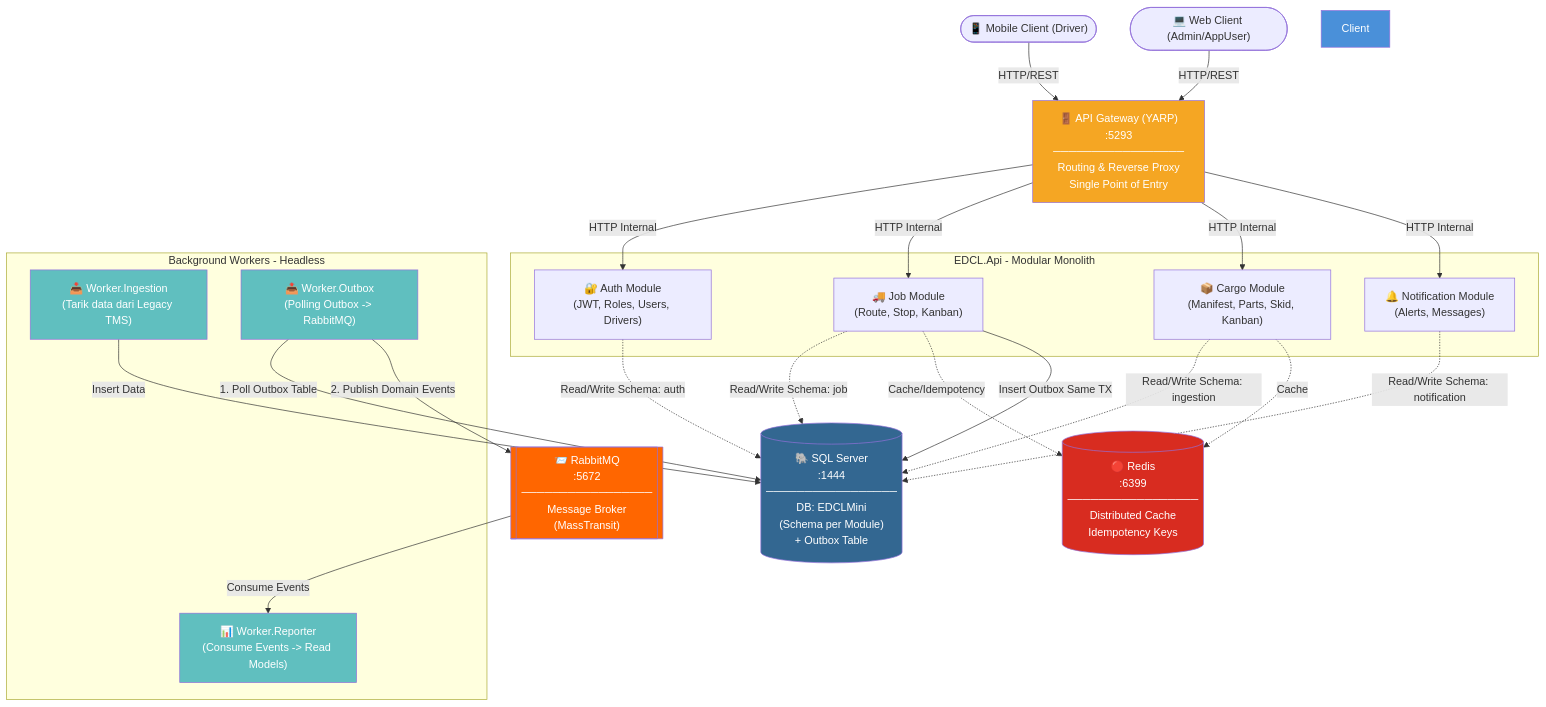
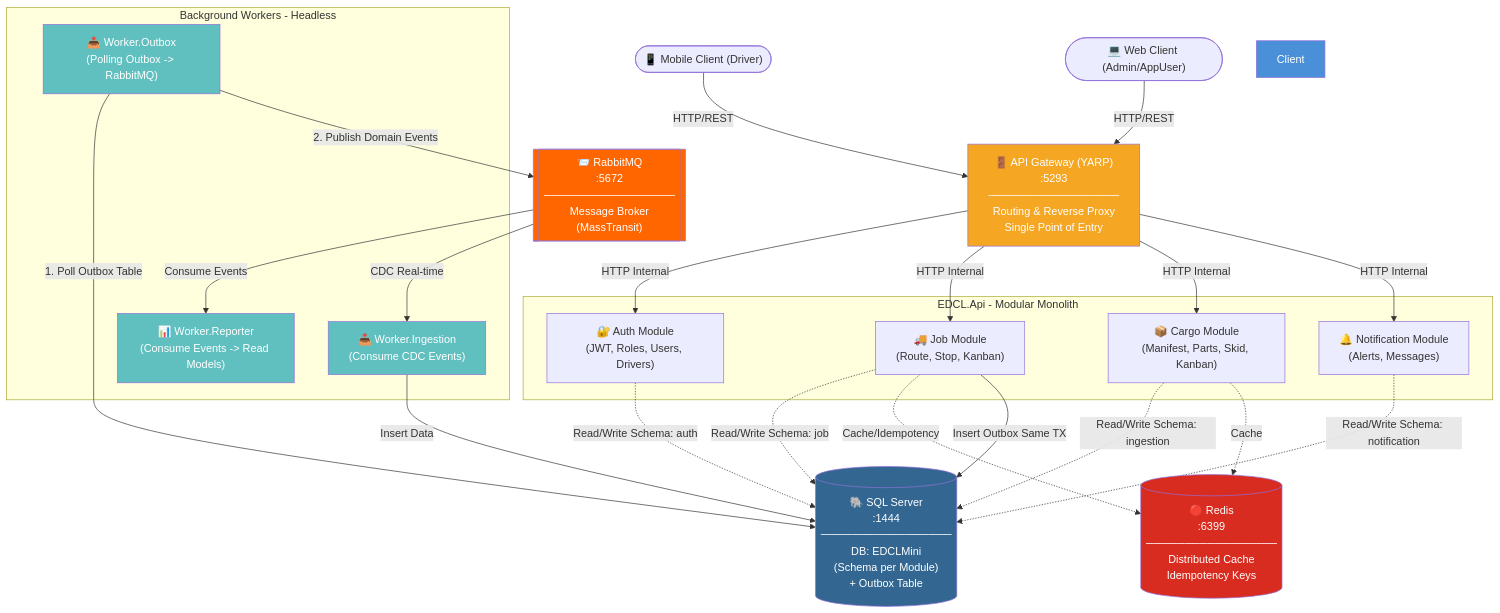
One commit to odealidj/minione-edcl-net changed the diagram in docs/architecture/architecture-overview.md. Above: the diagram before and after it, drawn with Mermaid. The commit also changed other lines of this file, not shown here.

Commit message:
docs(architecture): Update architecture overview to reflect Event-Driven CDC approach

````diff
--- a/docs/architecture/architecture-overview.md
+++ b/docs/architecture/architecture-overview.md
@@ -11,59 +11,60 @@
 ```mermaid
 graph TD
     DriverClient(["📱 Mobile Client (Driver)"])
     WebClient(["💻 Web Client (Admin/AppUser)"])
     Gateway["🚪 API Gateway (YARP)\n:5293\n─────────────────\nRouting & Reverse Proxy\nSingle Point of Entry"]
     
     subgraph API_Monolith [EDCL.Api - Modular Monolith]
         Auth["🔐 Auth Module\n(JWT, Roles, Users, Drivers)"]
         Job["🚚 Job Module\n(Route, Stop, Kanban)"]
         Cargo["📦 Cargo Module\n(Manifest, Parts, Skid, Kanban)"]
         Notif["🔔 Notification Module\n(Alerts, Messages)"]
     end
     
     SQL[("🐘 SQL Server\n:1444\n─────────────────\nDB: EDCLMini\n(Schema per Module)\n+ Outbox Table")]
     Redis[("🔴 Redis\n:6399\n─────────────────\nDistributed Cache\nIdempotency Keys")]
     RabbitMQ[["📨 RabbitMQ\n:5672\n─────────────────\nMessage Broker\n(MassTransit)"]]
     
     subgraph Background_Workers [Background Workers - Headless]
-        W_Ingest["📥 Worker.Ingestion\n(Tarik data dari Legacy TMS)"]
+        W_Ingest["📥 Worker.Ingestion\n(Consume CDC Events)"]
         W_Outbox["📤 Worker.Outbox\n(Polling Outbox -> RabbitMQ)"]
         W_Report["📊 Worker.Reporter\n(Consume Events -> Read Models)"]
     end
 
     %% Client Interactions
     DriverClient -->|HTTP/REST| Gateway
     WebClient -->|HTTP/REST| Gateway
     Gateway -->|"HTTP Internal"| Auth
     Gateway -->|"HTTP Internal"| Job
     Gateway -->|"HTTP Internal"| Cargo
     Gateway -->|"HTTP Internal"| Notif
 
     %% Module DB Interactions (Strict Boundaries, No Cross-Schema FKs)
     Auth -.->|Read/Write Schema: auth| SQL
     Job -.->|Read/Write Schema: job| SQL
     Cargo -.->|Read/Write Schema: ingestion| SQL
     Notif -.->|Read/Write Schema: notification| SQL
 
     %% Cache & Idempotency
     Job -.->|Cache/Idempotency| Redis
     Cargo -.->|Cache| Redis
 
     %% Outbox & Event Publishing
     Job -->|Insert Outbox Same TX| SQL
     W_Outbox -->|1. Poll Outbox Table| SQL
     W_Outbox -->|2. Publish Domain Events| RabbitMQ
     
     %% Event Consumption & Integration
     RabbitMQ -->|Consume Events| W_Report
+    RabbitMQ -->|CDC Real-time| W_Ingest
     W_Ingest -->|Insert Data| SQL
     
     style Client fill:#4A90D9,color:#fff
     style Gateway fill:#F5A623,color:#fff
     style SQL fill:#336791,color:#fff
     style Redis fill:#D82C20,color:#fff
     style RabbitMQ fill:#FF6600,color:#fff
     style W_Ingest fill:#60BFBF,color:#fff
     style W_Outbox fill:#60BFBF,color:#fff
     style W_Report fill:#60BFBF,color:#fff
 ```
````
